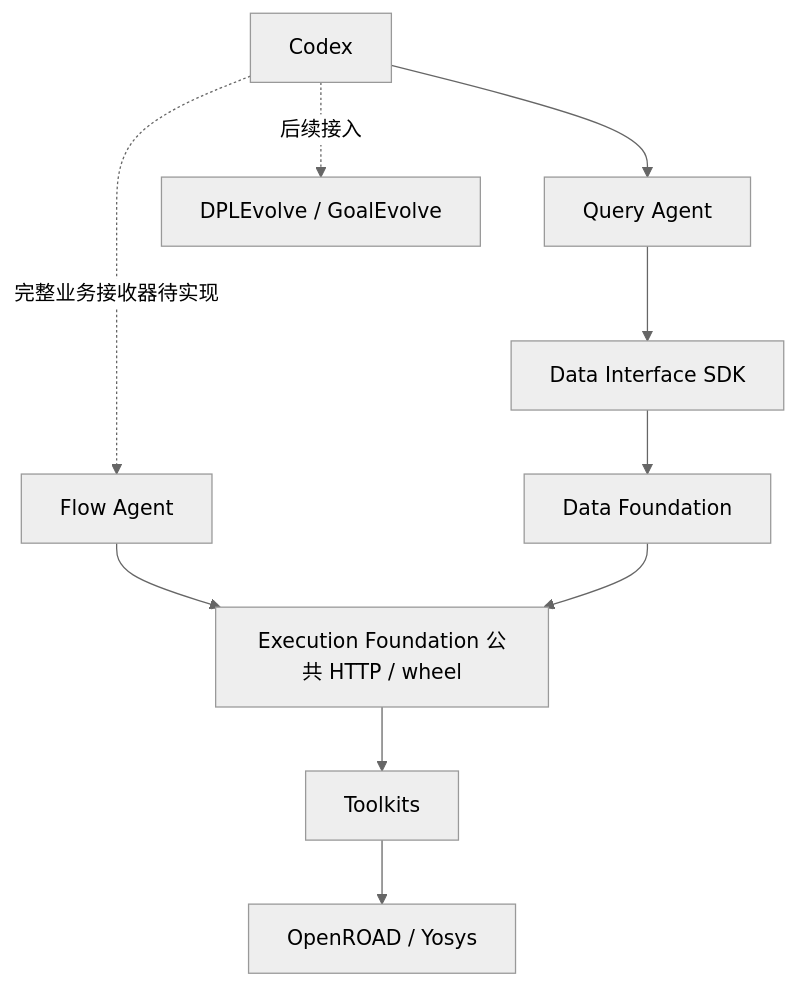
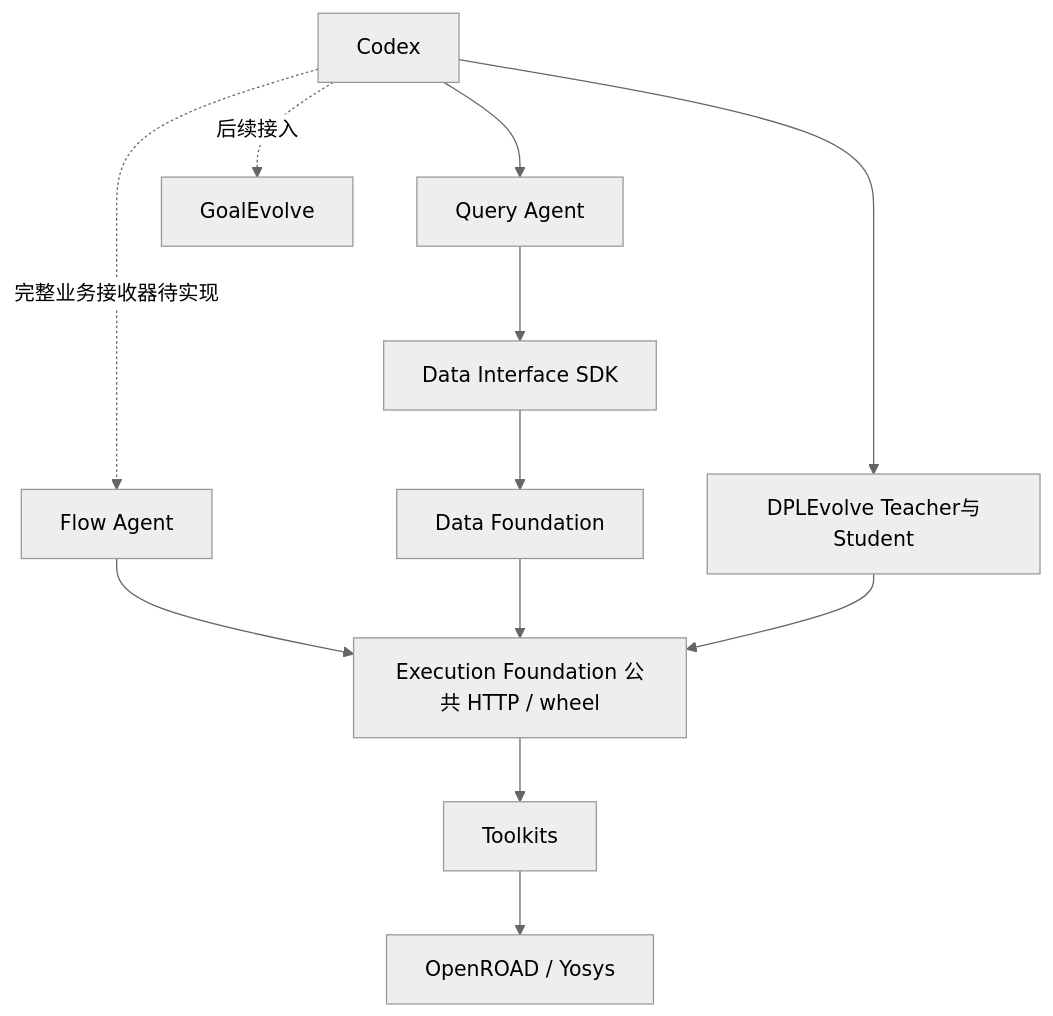
Before and after one commit to CODA-Team/ChipEvolve: the first of 4 diagrams in ARCHITECTURE.md, drawn with Mermaid (neutral theme). The commit also changed other lines of this file and 12 other files, not shown here.

````diff
--- a/ARCHITECTURE.md
+++ b/ARCHITECTURE.md
@@ -22,12 +24,14 @@
 ```mermaid
 flowchart TD
     C[Codex] --> Q[Query Agent]
     Q --> DI[Data Interface SDK]
     DI --> DF[Data Foundation]
     C -. 完整业务接收器待实现 .-> F[Flow Agent]
     F --> EF[Execution Foundation 公共 HTTP / wheel]
     EF --> TK[Toolkits]
     TK --> OR[OpenROAD / Yosys]
     DF --> EF
-    C -. 后续接入 .-> CODE[DPLEvolve / GoalEvolve]
+    C --> DPL[DPLEvolve Teacher与Student]
+    DPL --> EF
+    C -. 后续接入 .-> CODE[GoalEvolve]
 ```
````
